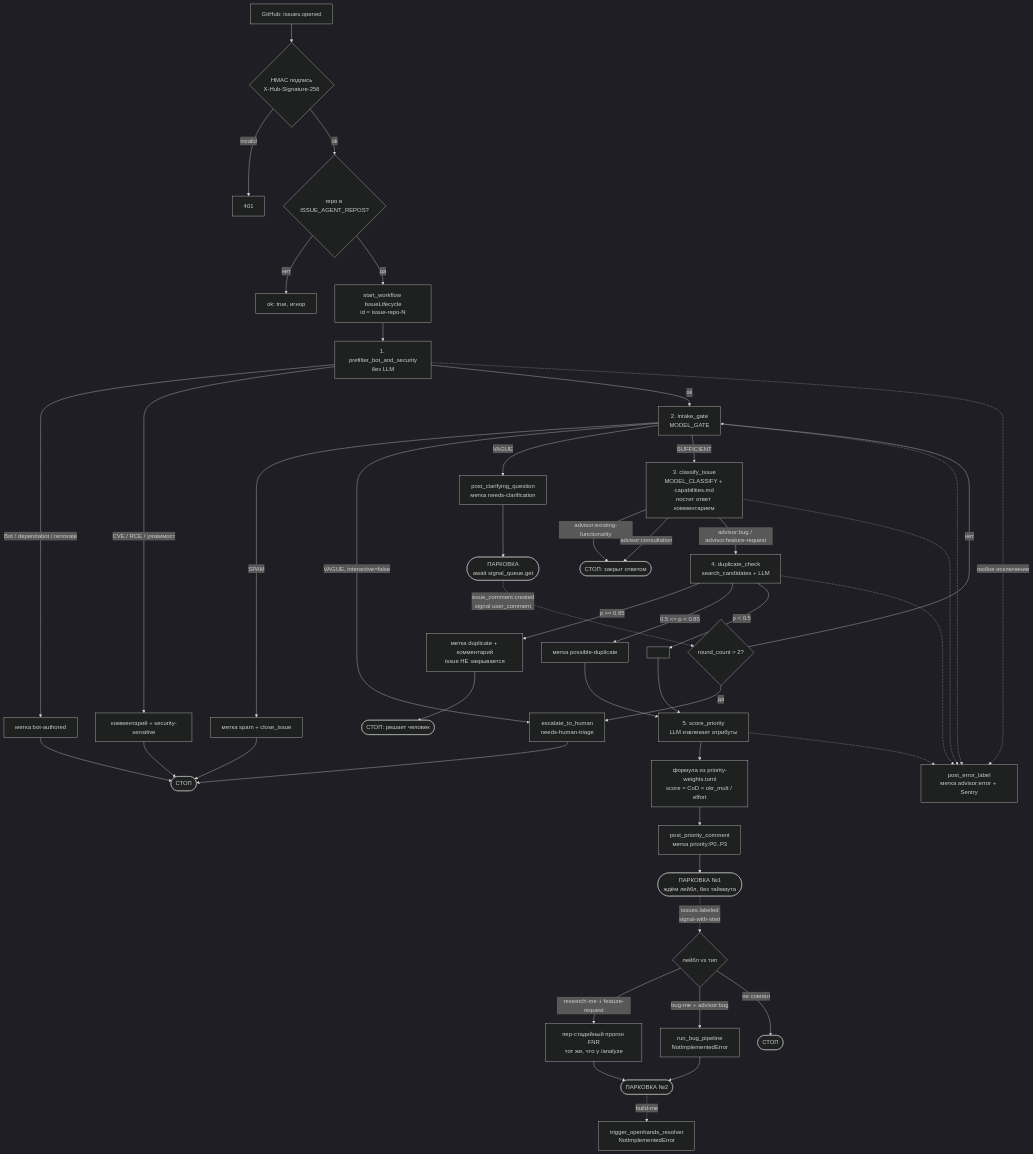
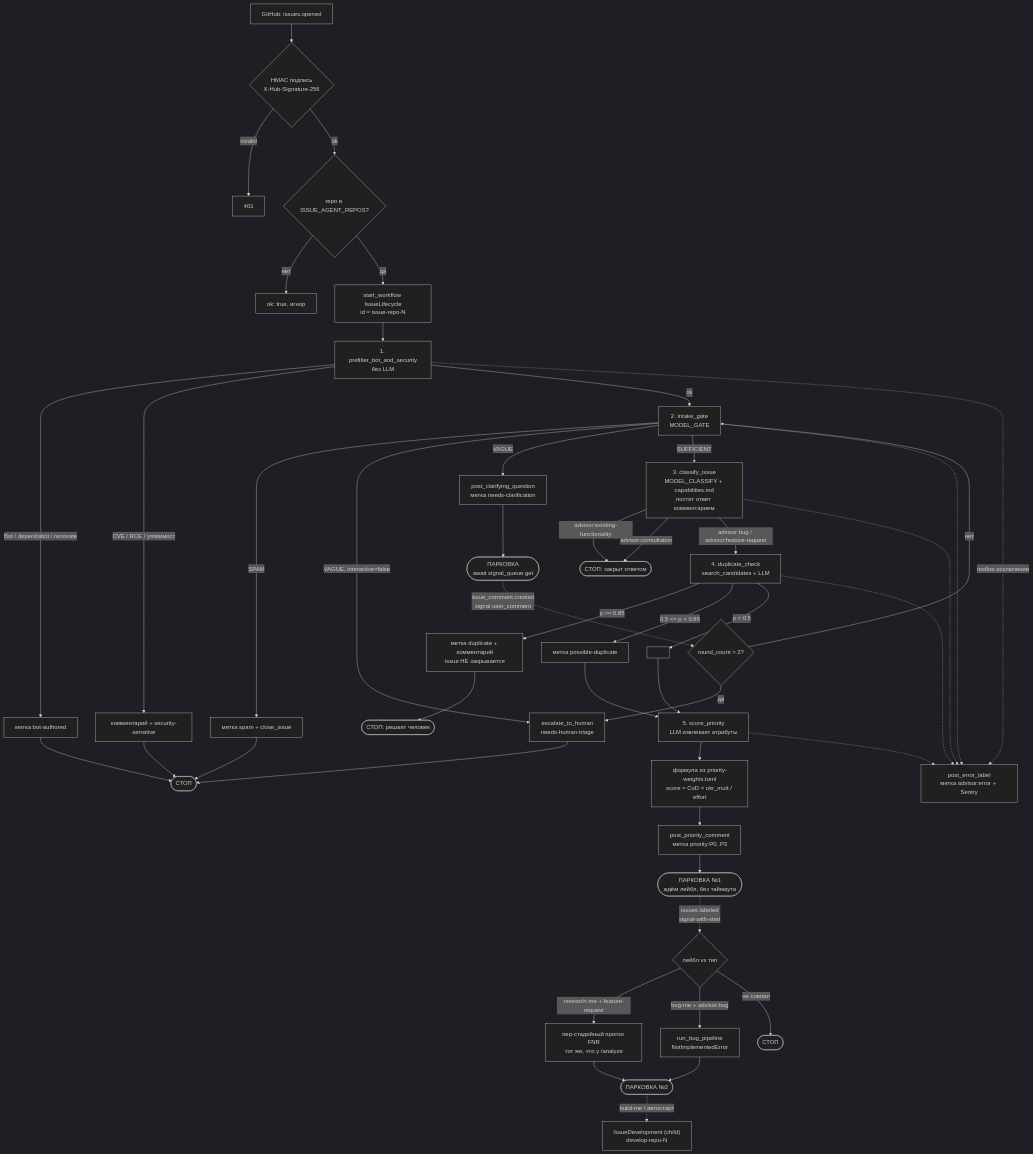
Before and after one commit to po-helper-org/poh-issue-agents: the first of 2 diagrams in README.md, drawn with Mermaid (dark theme). The commit also changed other lines of this file and 2 other files, not shown here.

````diff
--- a/README.md
+++ b/README.md
@@ -158,52 +158,52 @@
 ```mermaid
 flowchart TD
     A["GitHub: issues.opened"] --> B{"HMAC подпись<br/>X-Hub-Signature-256"}
     B -->|invalid| B1["401"]
     B -->|ok| C{"repo в ISSUE_AGENT_REPOS?"}
     C -->|нет| C1["ok: true, игнор"]
     C -->|да| D["start_workflow IssueLifecycle<br/>id = issue-repo-N"]
 
     D --> E["1. prefilter_bot_and_security<br/>без LLM"]
     E -->|Bot / dependabot / renovate| E1["метка bot-authored"] --> STOP1(["СТОП"])
     E -->|"CVE / RCE / уязвимост"| E2["комментарий + security-sensitive"] --> STOP1
 
     E -->|ok| F["2. intake_gate<br/>MODEL_GATE"]
     F -->|SPAM| F1["метка spam + close_issue"] --> STOP1
     F -->|"VAGUE, interactive=false"| F2["escalate_to_human<br/>needs-human-triage"] --> STOP1
     F -->|VAGUE| G["post_clarifying_question<br/>метка needs-clarification"]
 
     G --> H(["ПАРКОВКА<br/>await signal_queue.get"])
     H -.->|"issue_comment.created<br/>signal user_comment"| I{"round_count > 2?"}
     I -->|да| F2
     I -->|нет| F
 
     F -->|SUFFICIENT| J["3. classify_issue<br/>MODEL_CLASSIFY + capabilities.md<br/>постит ответ комментарием"]
     J -->|"advisor:existing-functionality"| STOP2(["СТОП: закрыт ответом"])
     J -->|"advisor:consultation"| STOP2
     J -->|"advisor:bug / advisor:feature-request"| K["4. duplicate_check<br/>search_candidates + LLM"]
 
     K -->|"p >= 0.85"| K1["метка duplicate + комментарий<br/>issue НЕ закрывается"] --> STOP3(["СТОП: решает человек"])
     K -->|"0.5 <= p < 0.85"| L["метка possible-duplicate"]
     K -->|"p < 0.5"| L2[" "]
     L --> M
     L2 --> M
 
     M["5. score_priority<br/>LLM извлекает атрибуты"] --> N["формула из priority-weights.toml<br/>score = CoD × okr_mult / effort"]
     N --> O["post_priority_comment<br/>метка priority:P0..P3"]
 
     O --> P(["ПАРКОВКА №1<br/>ждём лейбл, без таймаута"])
     P -.->|"issues.labeled<br/>signal-with-start"| Q{"лейбл vs тип"}
     Q -->|"research-me + feature-request"| R["пер-стадийный прогон FNR<br/>тот же, что у /analyze"]
     Q -->|"bug-me + advisor:bug"| R2["run_bug_pipeline<br/>NotImplementedError"]
     Q -->|не совпал| STOP4(["СТОП"])
 
     R --> S(["ПАРКОВКА №2"])
     R2 --> S
-    S -.->|build-me| T["trigger_openhands_resolver<br/>NotImplementedError"]
+    S -.->|"build-me / автостарт"| T["IssueDevelopment (child)<br/>develop-repo-N"]
 
     E -.->|"любое исключение"| ERR["post_error_label<br/>метка advisor:error + Sentry"]
     F -.-> ERR
     J -.-> ERR
     K -.-> ERR
     M -.-> ERR
 ```
````
